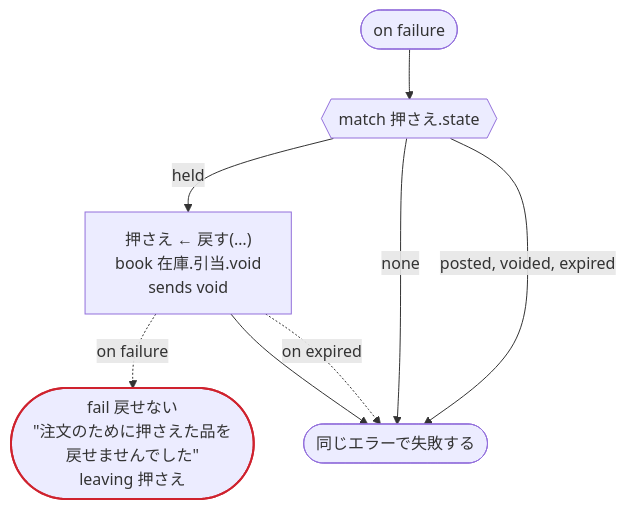
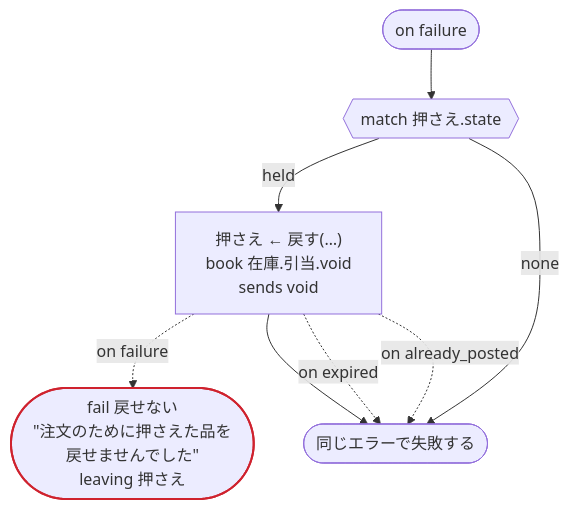
The second of 2 diagrams in crates/dandori/tests/doc/examples-invoice-invoice-ja.ja.md (i2y/ritsu), drawn with Mermaid before and after one commit. The commit also changed other lines of this file and 57 other files, not shown here.

````diff
--- a/crates/dandori/tests/doc/examples-invoice-invoice-ja.ja.md
+++ b/crates/dandori/tests/doc/examples-invoice-invoice-ja.ja.md
@@ -46,18 +46,18 @@
 ```mermaid
 flowchart TD
     onf(["on failure"])
     s13{{"match 押さえ.state"}}
     s15["押さえ ← 戻す(…)<br>book 在庫.引当.void<br>sends void"]
-    s17(["fail 戻せない<br>#quot;注文のために押さえた品を戻せませんでした#quot;<br>leaving 押さえ"])
+    s18(["fail 戻せない<br>#quot;注文のために押さえた品を戻せませんでした#quot;<br>leaving 押さえ"])
     onfEnd(["同じエラーで失敗する"])
     onf --> s13
     s13 -->|"held"| s15
-    s15 -.->|"on failure"| s17
+    s15 -.->|"on failure"| s18
     s13 -->|"none"| onfEnd
     s15 --> onfEnd
     s15 -.->|"on expired"| onfEnd
-    s13 -->|"posted, voided, expired"| onfEnd
+    s15 -.->|"on already_posted"| onfEnd
     classDef ok stroke:#2da44e,stroke-width:2px
     classDef bad stroke:#cf222e,stroke-width:2px
-    class s17 bad
+    class s18 bad
 ```
````
